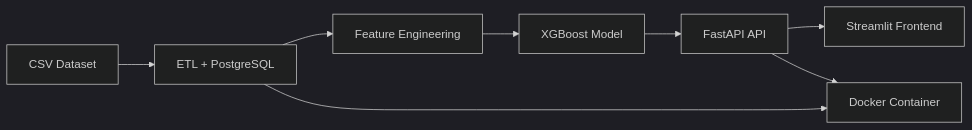
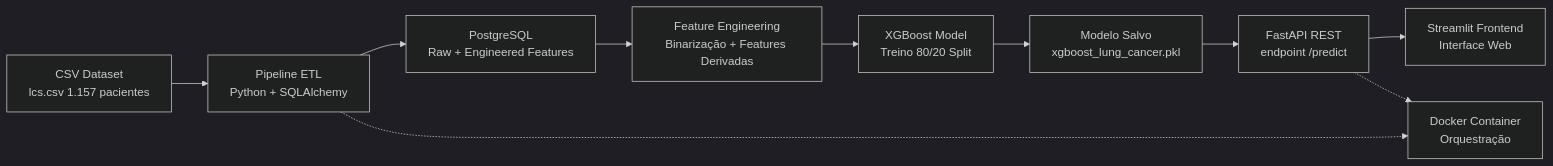
Before and after one commit to leoxavierdornelas/healthcare-ml-pipeline: the diagram in README.md, drawn with Mermaid (dark theme). The commit also changed other lines of this file, not shown here.

First line of the commit message:
feat: pipeline completo de ML para câncer de pulmão com ETL, XGBoost, FastAPI, Streamlit e Docker

````diff
--- a/README.md
+++ b/README.md
@@ -46,10 +143,12 @@
 ```mermaid
 graph LR
-    A[CSV Dataset] --> B[ETL + PostgreSQL]
-    B --> C[Feature Engineering]
-    C --> D[XGBoost Model]
-    D --> E[FastAPI API]
-    E --> F[Streamlit Frontend]
-    B --> G[Docker Container]
-    E --> G
+    A[CSV Dataset<br/>lcs.csv 1.157 pacientes] --> B[Pipeline ETL<br/>Python + SQLAlchemy]
+    B --> C[PostgreSQL<br/>Raw + Engineered Features]
+    C --> D[Feature Engineering<br/>Binarização + Features Derivadas]
+    D --> E[XGBoost Model<br/>Treino 80/20 Split]
+    E --> F[Modelo Salvo<br/>xgboost_lung_cancer.pkl]
+    F --> G[FastAPI REST<br/>endpoint /predict]
+    G --> H[Streamlit Frontend<br/>Interface Web]
+    B -.-> I[Docker Container<br/>Orquestração]
+    G -.-> I
 ```
````
